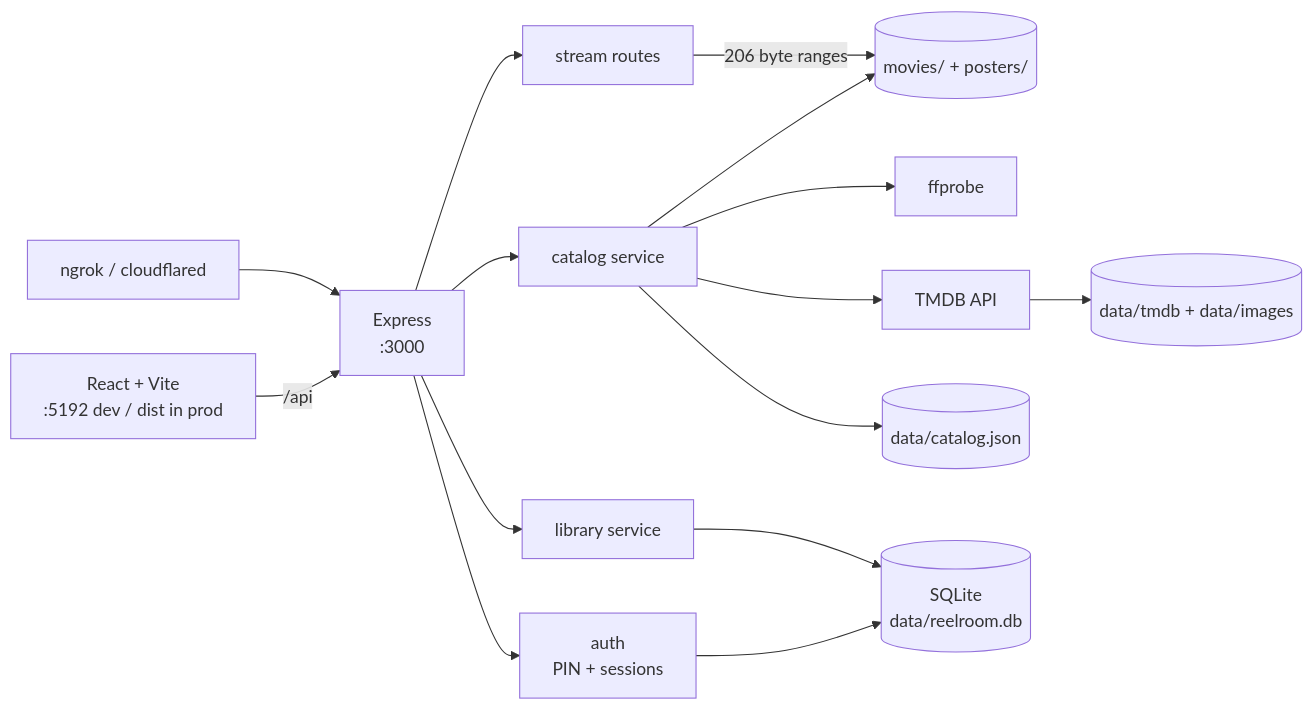
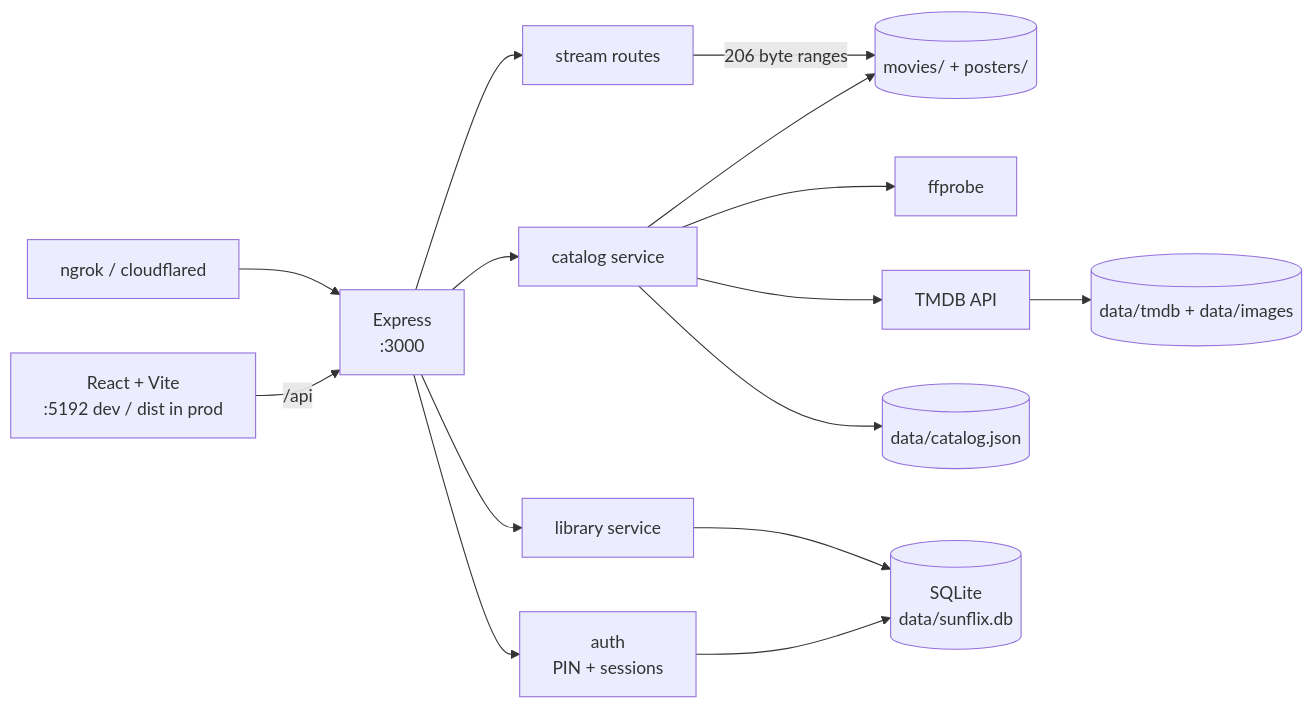
One commit to sany2k8/reelroom-movie-app changed the first of 2 diagrams in README.md. Above: the diagram before and after it, drawn with Mermaid. The commit also changed other lines of this file and 21 other files, not shown here.

````diff
--- a/README.md
+++ b/README.md
@@ -24,21 +24,21 @@
 ```mermaid
 flowchart LR
     UI[React + Vite<br/>:5192 dev / dist in prod] -->|/api| API[Express<br/>:3000]
 
     API --> AUTH[auth<br/>PIN + sessions]
     API --> CAT[catalog service]
     API --> LIB[library service]
     API --> STR[stream routes]
 
     CAT --> FS[(movies/ + posters/)]
     CAT --> PROBE[ffprobe]
     CAT --> TMDB[TMDB API]
     TMDB --> CACHE[(data/tmdb + data/images)]
     CAT --> SNAP[(data/catalog.json)]
 
-    AUTH --> DB[(SQLite<br/>data/reelroom.db)]
+    AUTH --> DB[(SQLite<br/>data/sunflix.db)]
     LIB --> DB
     STR -->|206 byte ranges| FS
 
     TUNNEL[ngrok / cloudflared] --> API
 ```
````
